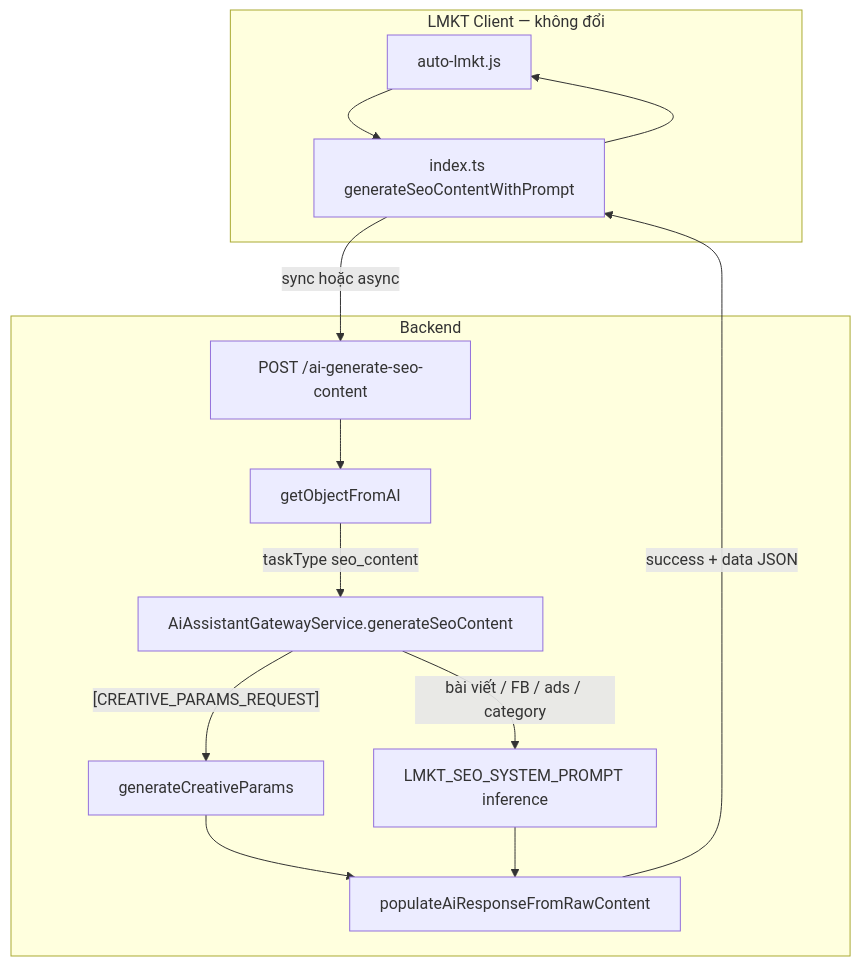
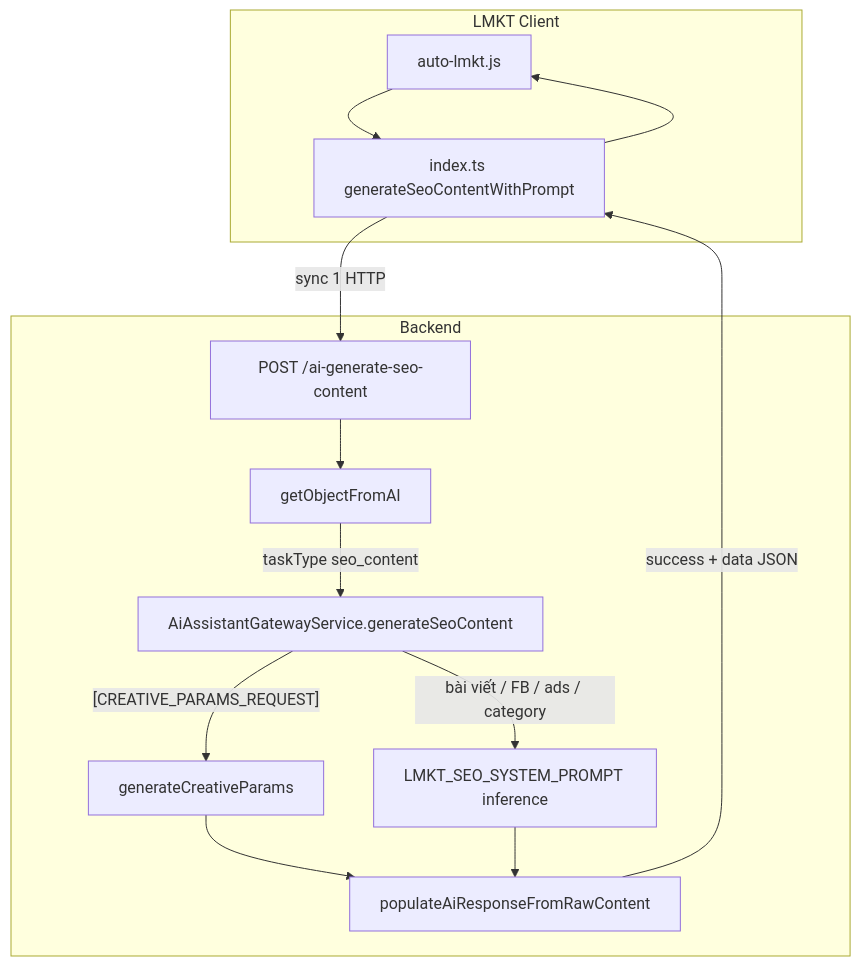
Before and after one commit to codsycorp/csm_java_react: diagram 11 of 13 in CSM_AI_LOCAL_CURSOR_MASTER_BRIEF.md, drawn with Mermaid. The commit also changed other lines of this file and 30 other files, not shown here.

````diff
--- a/CSM_AI_LOCAL_CURSOR_MASTER_BRIEF.md
+++ b/CSM_AI_LOCAL_CURSOR_MASTER_BRIEF.md
@@ -3050,27 +3265,27 @@
 ```mermaid
 flowchart TB
-  subgraph client [LMKT Client — không đổi]
+  subgraph client [LMKT Client]
     ALM[auto-lmkt.js]
     IDX[index.ts generateSeoContentWithPrompt]
     ALM --> IDX
   end
 
   subgraph endpoint [Backend]
     API["POST /ai-generate-seo-content"]
     GOAI[getObjectFromAI]
     POP[populateAiResponseFromRawContent]
     GW[AiAssistantGatewayService.generateSeoContent]
     CP[generateCreativeParams]
     SEO[LMKT_SEO_SYSTEM_PROMPT inference]
   end
 
-  IDX -->|sync hoặc async| API
+  IDX -->|sync 1 HTTP| API
   API --> GOAI
   GOAI -->|taskType seo_content| GW
   GW -->|"[CREATIVE_PARAMS_REQUEST]"| CP
   GW -->|bài viết / FB / ads / category| SEO
   CP --> POP
   SEO --> POP
   POP -->|success + data JSON| IDX
   IDX --> ALM
 ```
````
